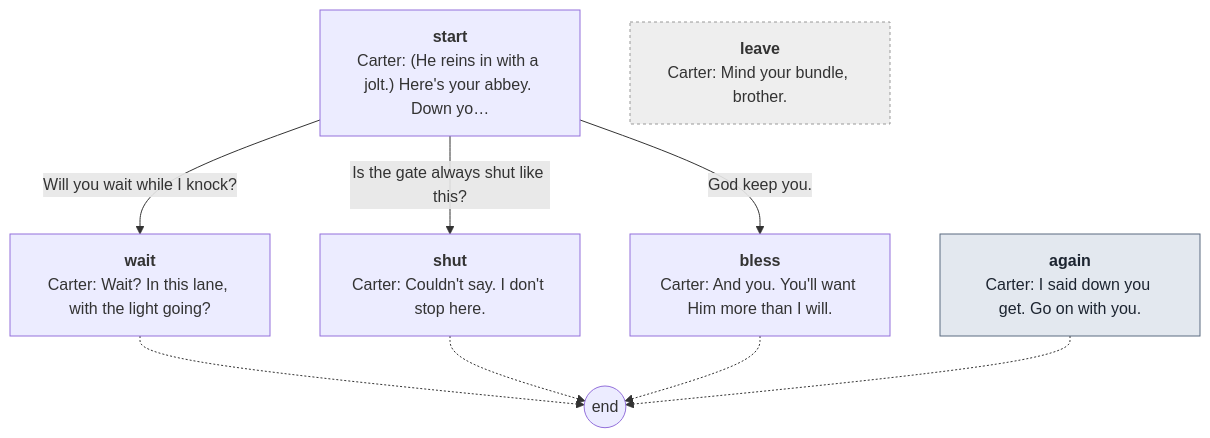
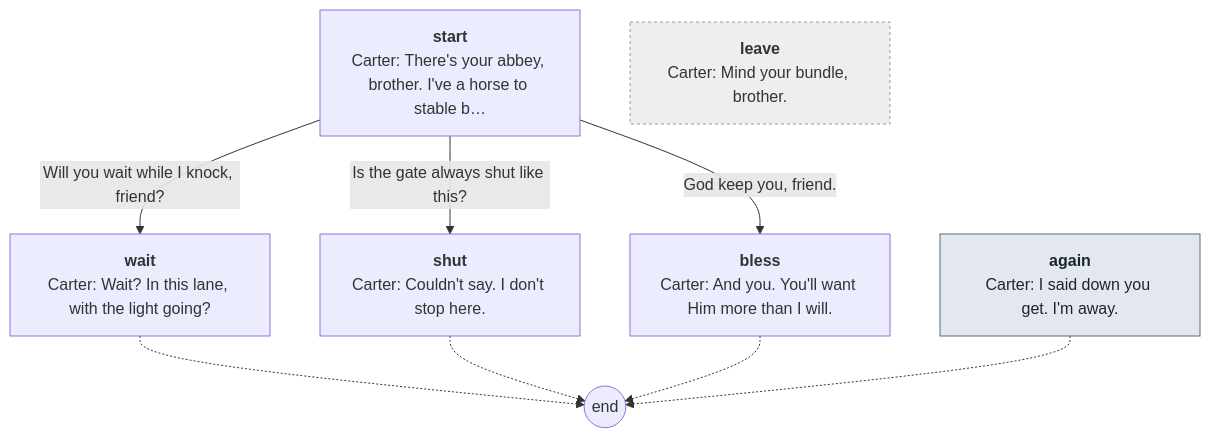
Before and after one commit to toastynaan/the-porter: the third of 15 diagrams in docs/script/night0.md, drawn with Mermaid. The commit also changed other lines of this file and 28 other files, not shown here.

````diff
--- a/docs/script/night0.md
+++ b/docs/script/night0.md
@@ -211,22 +250,22 @@
 ```mermaid
 flowchart TD
-  p_start["<b>start</b><br/>Carter: (He reins in with a jolt.) Here's your abbey. Down yo…"]
+  p_start["<b>start</b><br/>Carter: There's your abbey, brother. I've a horse to stable b…"]
   p_wait["<b>wait</b><br/>Carter: Wait? In this lane, with the light going?"]
   p_shut["<b>shut</b><br/>Carter: Couldn't say. I don't stop here."]
   p_bless["<b>bless</b><br/>Carter: And you. You'll want Him more than I will."]
-  p_again["<b>again</b><br/>Carter: I said down you get. Go on with you."]
+  p_again["<b>again</b><br/>Carter: I said down you get. I'm away."]
   p_leave["<b>leave</b><br/>Carter: Mind your bundle, brother."]
   end_((end))
-  p_start -->|"Will you wait while I knock?"| p_wait
+  p_start -->|"Will you wait while I knock, friend?"| p_wait
   p_start -->|"Is the gate always shut like this?"| p_shut
-  p_start -->|"God keep you."| p_bless
+  p_start -->|"God keep you, friend."| p_bless
   p_wait -.-> end_
   p_shut -.-> end_
   p_bless -.-> end_
   p_again -.-> end_
   classDef claim fill:#f3e3b5,stroke:#9a6b1a,color:#2b2116
   classDef again fill:#e3e8ef,stroke:#5b6b80,color:#1c2430
   classDef leave fill:#eee,stroke:#999,color:#333,stroke-dasharray: 3 3
   class p_again again
   class p_leave leave
 ```
````
